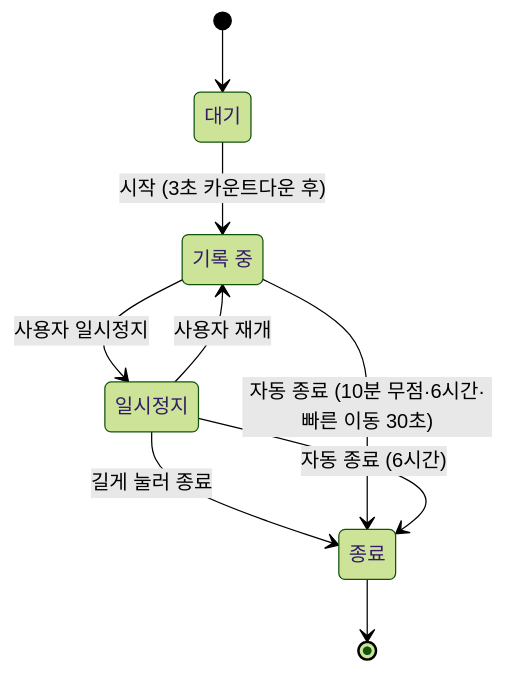
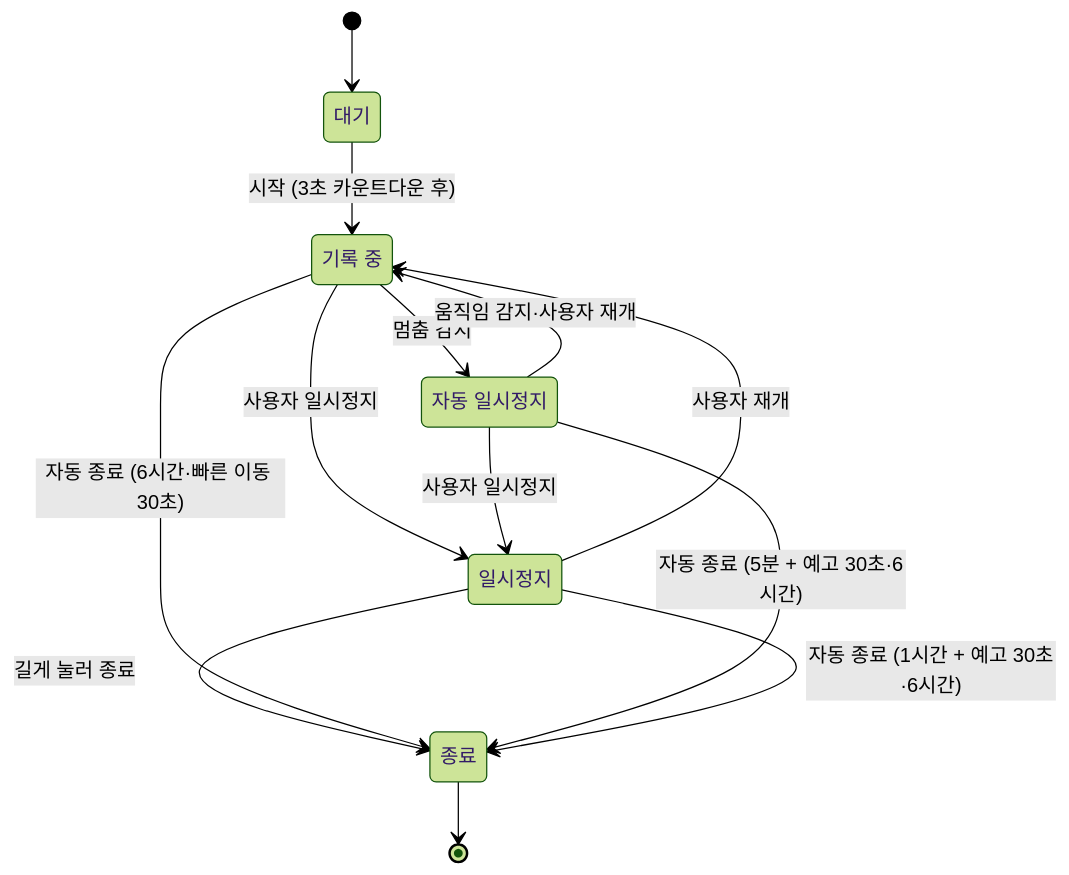
One commit to dhkim1522/runmagochi changed the diagram in docs/specs/run-engine.md. Above: the diagram before and after it, drawn with Mermaid (forest theme). The commit also changed other lines of this file and 6 other files, not shown here.

````diff
--- a/docs/specs/run-engine.md
+++ b/docs/specs/run-engine.md
@@ -7,15 +7,20 @@
 ```mermaid
 stateDiagram-v2
     state "대기" as Idle
     state "기록 중" as Recording
     state "일시정지" as Paused
     state "종료" as Ended
     [*] --> Idle
     Idle --> Recording: 시작 (3초 카운트다운 후)
+    state "자동 일시정지" as AutoPaused
     Recording --> Paused: 사용자 일시정지
     Paused --> Recording: 사용자 재개
+    Recording --> AutoPaused: 멈춤 감지
+    AutoPaused --> Recording: 움직임 감지·사용자 재개
+    AutoPaused --> Paused: 사용자 일시정지
     Paused --> Ended: 길게 눌러 종료
-    Recording --> Ended: 자동 종료 (10분 무점·6시간·빠른 이동 30초)
-    Paused --> Ended: 자동 종료 (6시간)
+    Recording --> Ended: 자동 종료 (6시간·빠른 이동 30초)
+    AutoPaused --> Ended: 자동 종료 (5분 + 예고 30초·6시간)
+    Paused --> Ended: 자동 종료 (1시간 + 예고 30초·6시간)
     Ended --> [*]
 ```
````
